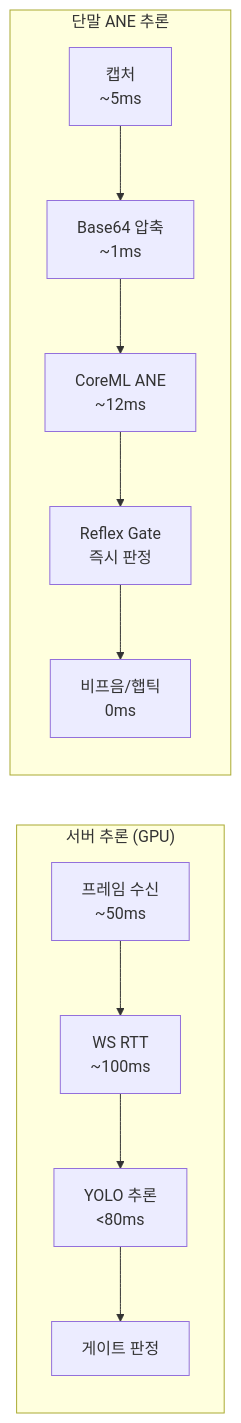
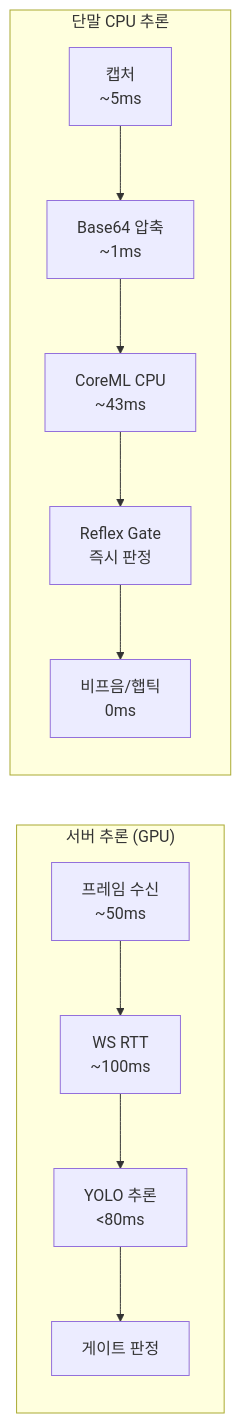
One commit to Groog-sudo/Minchodan changed the diagram in docs/ops/ondevice_coreml_benchmark.md. Above: the diagram before and after it, drawn with Mermaid. The commit also changed other lines of this file and 4 other files, not shown here.

First line of the commit message:
fix(ios): GPU/ANE 가속 재검증(실기기 크래시 재현 확인) 및 미사용 CoreML 사본 삭제

````diff
--- a/docs/ops/ondevice_coreml_benchmark.md
+++ b/docs/ops/ondevice_coreml_benchmark.md
@@ -137,19 +139,19 @@
 ```mermaid
 graph LR
     subgraph Server ["서버 추론 (GPU)"]
         S1["프레임 수신<br/>~50ms"]
         S2["WS RTT<br/>~100ms"]
         S3["YOLO 추론<br/>&lt;80ms"]
         S4["게이트 판정"]
         S1 --> S2 --> S3 --> S4
     end
 
-    subgraph Device ["단말 ANE 추론"]
+    subgraph Device ["단말 CPU 추론"]
         D1["캡처<br/>~5ms"]
         D2["Base64 압축<br/>~1ms"]
-        D3["CoreML ANE<br/>~12ms"]
+        D3["CoreML CPU<br/>~43ms"]
         D4["Reflex Gate<br/>즉시 판정"]
         D5["비프음/햅틱<br/>0ms"]
         D1 --> D2 --> D3 --> D4 --> D5
     end
 ```
````
